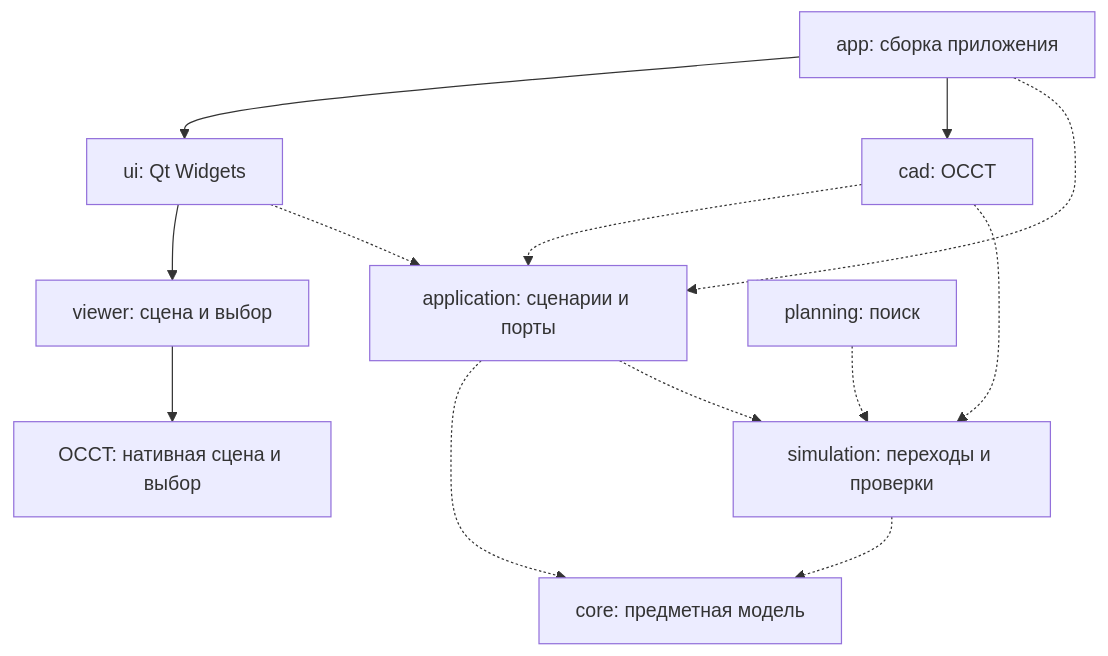
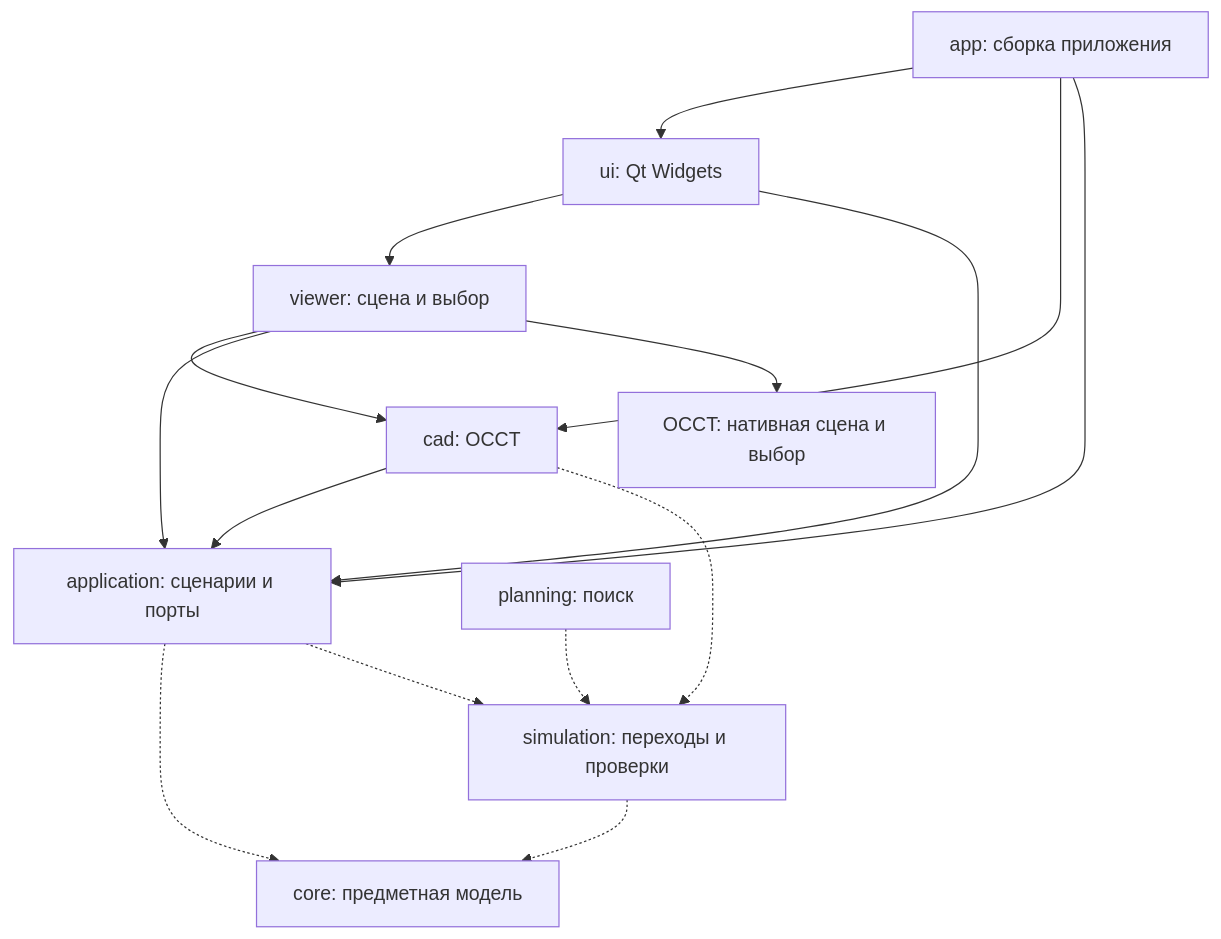
Before and after one commit to DenisPapushaJava/3d-bending-simulator: the diagram in docs/architecture.md, drawn with Mermaid. The commit also changed other lines of this file and 49 other files, not shown here.

````diff
--- a/docs/architecture.md
+++ b/docs/architecture.md
@@ -15,15 +15,17 @@
 ```mermaid
 flowchart TD
     APP[app: сборка приложения] --> UI[ui: Qt Widgets]
     APP --> CAD[cad: OCCT]
     UI --> VIEW[viewer: сцена и выбор]
-    APP -.-> USE[application: сценарии и порты]
-    UI -.-> USE
-    CAD -.-> USE
+    APP --> USE[application: сценарии и порты]
+    UI --> USE
+    CAD --> USE
+    VIEW --> CAD
+    VIEW --> USE
     USE -.-> CORE[core: предметная модель]
     VIEW --> OCC[OCCT: нативная сцена и выбор]
     SIM[simulation: переходы и проверки] -.-> CORE
     CAD -.-> SIM
     PLAN[planning: поиск] -.-> SIM
     USE -.-> SIM
 ```
````
